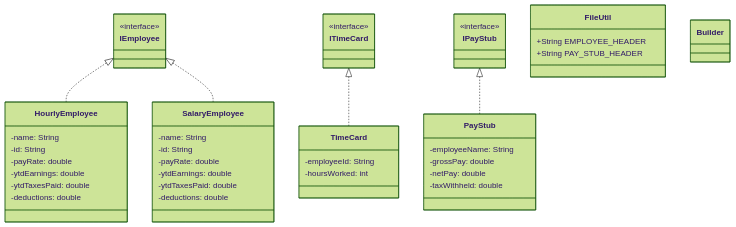
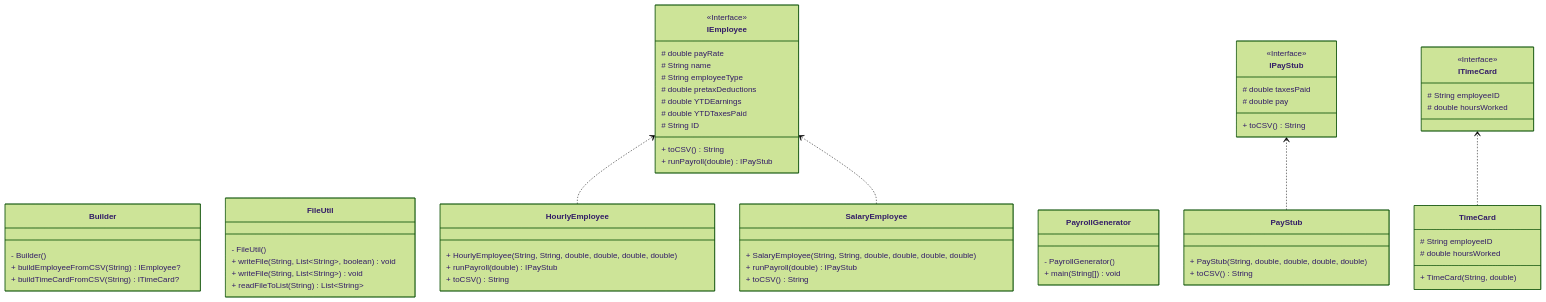
One commit to 5004-SEA-Fa24-Geeng/payroll-gen-xunluo776 changed the first of 2 diagrams in DesignDocument.md. Above: the diagram before and after it, drawn with Mermaid (forest theme). The commit also changed other lines of this file and 2 other files, not shown here.

````diff
--- a/DesignDocument.md
+++ b/DesignDocument.md
@@ -10,50 +10,76 @@
 ```mermaid
 classDiagram
-    IEmployee <|.. HourlyEmployee
-    IEmployee <|.. SalaryEmployee
-    ITimeCard <|.. TimeCard
-    IPayStub <|.. PayStub
+    direction BT
+
+    class Builder {
+        - Builder()
+        + buildEmployeeFromCSV(String) IEmployee?
+        + buildTimeCardFromCSV(String) ITimeCard?
+    }
+
+    class FileUtil {
+        - FileUtil()
+        + writeFile(String, List~String~, boolean) void
+        + writeFile(String, List~String~) void
+        + readFileToList(String) List~String~
+    }
+
+    class HourlyEmployee {
+        + HourlyEmployee(String, String, double, double, double, double)
+        + runPayroll(double) IPayStub
+        + toCSV() String
+    }
 
     class IEmployee {
-        <<interface>>
-    }
-    class HourlyEmployee {
-        -name: String
-        -id: String
-        -payRate: double
-        -ytdEarnings: double
-        -ytdTaxesPaid: double
-        -deductions: double
-    }
-    class SalaryEmployee {
-        -name: String
-        -id: String
-        -payRate: double
-        -ytdEarnings: double
-        -ytdTaxesPaid: double
-        -deductions: double
-    }
-    class ITimeCard {
-        <<interface>>
-    }
-    class TimeCard {
-        -employeeId: String
-        -hoursWorked: int
-    }
-    class IPayStub {
-        <<interface>>
-    }
-    class PayStub {
-        -employeeName: String
-        -grossPay: double
-        -netPay: double
-        -taxWithheld: double
-    }
-    class FileUtil {
-        +String EMPLOYEE_HEADER
-        +String PAY_STUB_HEADER
+        <<Interface>>
+        + toCSV() String
+        + runPayroll(double) IPayStub
+        # double payRate
+        # String name
+        # String employeeType
+        # double pretaxDeductions
+        # double YTDEarnings
+        # double YTDTaxesPaid
+        # String ID
     }
 
-    class Builder {
+    class IPayStub {
+        <<Interface>>
+        + toCSV() String
+        # double taxesPaid
+        # double pay
     }
+
+    class ITimeCard {
+        <<Interface>>
+        # String employeeID
+        # double hoursWorked
+    }
+
+    class PayStub {
+        + PayStub(String, double, double, double, double)
+        + toCSV() String
+    }
+
+    class PayrollGenerator {
+        - PayrollGenerator()
+        + main(String[]) void
+    }
+
+    class SalaryEmployee {
+        + SalaryEmployee(String, String, double, double, double, double)
+        + runPayroll(double) IPayStub
+        + toCSV() String
+    }
+
+    class TimeCard {
+        + TimeCard(String, double)
+        # String employeeID
+        # double hoursWorked
+    }
+
+    HourlyEmployee  ..>  IEmployee
+    SalaryEmployee  ..>  IEmployee
+    PayStub  ..>  IPayStub
+    TimeCard  ..>  ITimeCard
 ```
````
